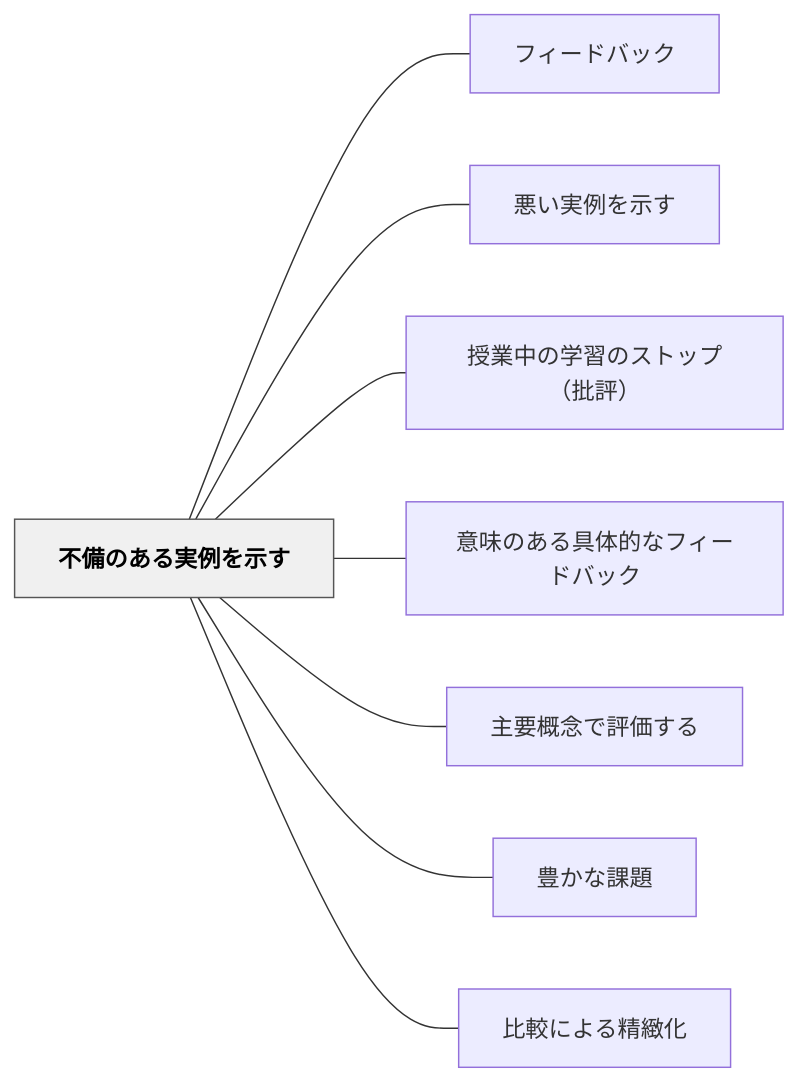
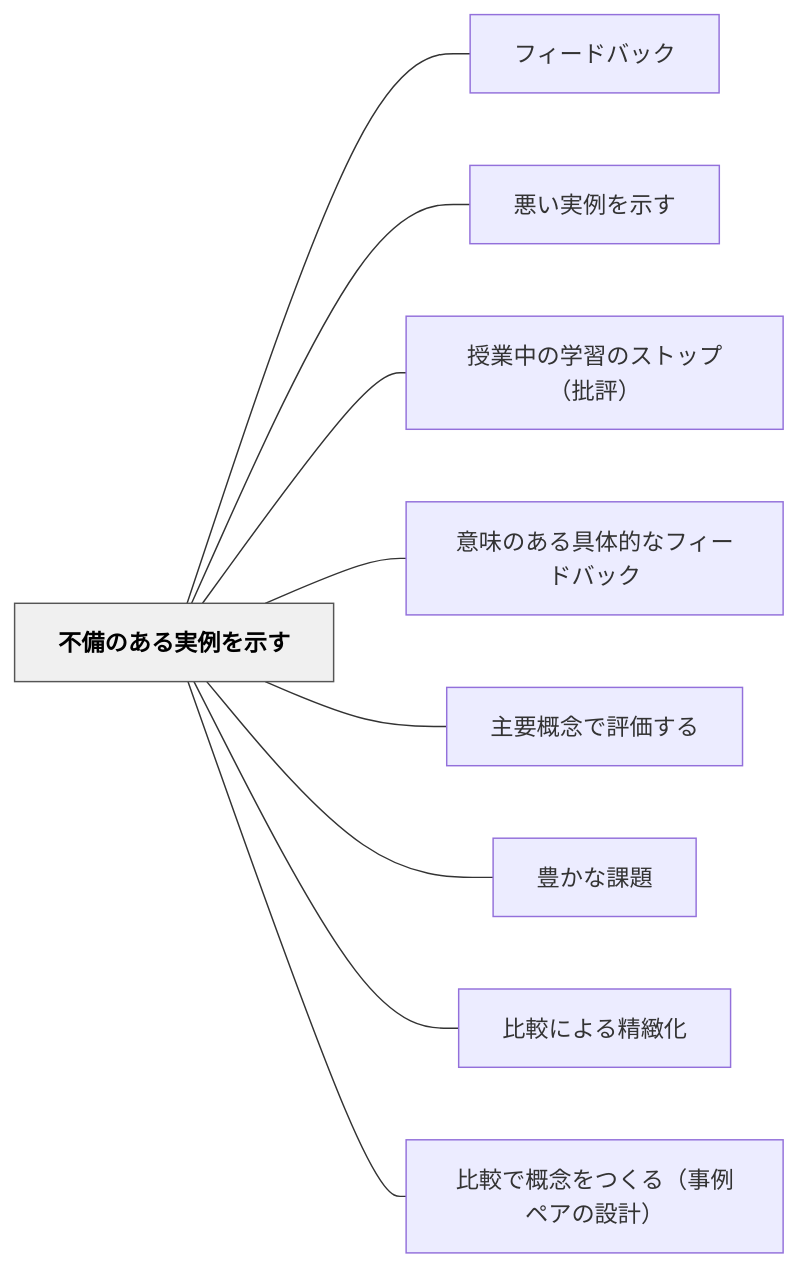
One commit to unknownthings-ed-patterns/unknownthings-ed-patterns changed the diagram in content/パタン/不備のある実例を示す.md. Above: the diagram before and after it, drawn with Mermaid. The commit also changed other lines of this file and 2 other files, not shown here.

Commit message:
auto: Obsidianから同期 2026-06-13 03:12

````diff
--- a/content/パタン/不備のある実例を示す.md
+++ b/content/パタン/不備のある実例を示す.md
@@ -44,22 +44,24 @@
 ```mermaid
 flowchart LR
     ne4b88de58299e381aee38182e3828be5ae9fe4be8be38292e7a4bae38199["不備のある実例を示す"]
     ne38395e382a3e383bce38389e38390e38383e382af["フィードバック"]
     ne682aae38184e5ae9fe4be8be38292e7a4bae38199["悪い実例を示す"]
     ne68e88e6a5ade4b8ade381aee5ada6e7bf92e381aee382b9e38388e38383e38397efbc88e689b9e8a995efbc89["授業中の学習のストップ（批評）"]
     ne6848fe591b3e381aee38182e3828be585b7e4bd93e79a84e381aae38395e382a3e383bce38389e38390e38383e382af["意味のある具体的なフィードバック"]
     ne4b8bbe8a681e6a682e5bfb5e381a7e8a995e4bea1e38199e3828b["主要概念で評価する"]
     ne8b18ae3818be381aae8aab2e9a18c["豊かな課題"]
     ne6af94e8bc83e381abe38288e3828be7b2bee7b7bbe58c96["比較による精緻化"]
+    ne6af94e8bc83e381a7e6a682e5bfb5e38292e381a4e3818fe3828befbc88e4ba8be4be8be3839ae382a2e381aee8a8ade8a888efbc89["比較で概念をつくる（事例ペアの設計）"]
 
     ne4b88de58299e381aee38182e3828be5ae9fe4be8be38292e7a4bae38199 --- ne38395e382a3e383bce38389e38390e38383e382af
     ne4b88de58299e381aee38182e3828be5ae9fe4be8be38292e7a4bae38199 --- ne682aae38184e5ae9fe4be8be38292e7a4bae38199
     ne4b88de58299e381aee38182e3828be5ae9fe4be8be38292e7a4bae38199 --- ne68e88e6a5ade4b8ade381aee5ada6e7bf92e381aee382b9e38388e38383e38397efbc88e689b9e8a995efbc89
     ne4b88de58299e381aee38182e3828be5ae9fe4be8be38292e7a4bae38199 --- ne6848fe591b3e381aee38182e3828be585b7e4bd93e79a84e381aae38395e382a3e383bce38389e38390e38383e382af
     ne4b88de58299e381aee38182e3828be5ae9fe4be8be38292e7a4bae38199 --- ne4b8bbe8a681e6a682e5bfb5e381a7e8a995e4bea1e38199e3828b
     ne4b88de58299e381aee38182e3828be5ae9fe4be8be38292e7a4bae38199 --- ne8b18ae3818be381aae8aab2e9a18c
     ne4b88de58299e381aee38182e3828be5ae9fe4be8be38292e7a4bae38199 --- ne6af94e8bc83e381abe38288e3828be7b2bee7b7bbe58c96
+    ne4b88de58299e381aee38182e3828be5ae9fe4be8be38292e7a4bae38199 --- ne6af94e8bc83e381a7e6a682e5bfb5e38292e381a4e3818fe3828befbc88e4ba8be4be8be3839ae382a2e381aee8a8ade8a888efbc89
 
     classDef hub fill:#f0f0f0,stroke:#555,color:#000,font-weight:bold
     class ne4b88de58299e381aee38182e3828be5ae9fe4be8be38292e7a4bae38199 hub
 ```
````
